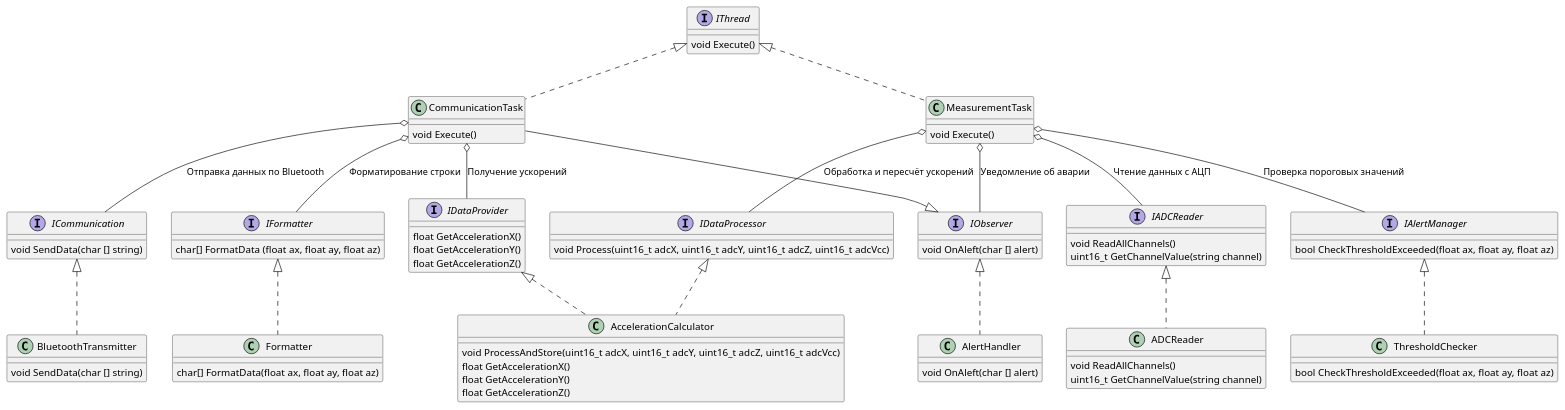
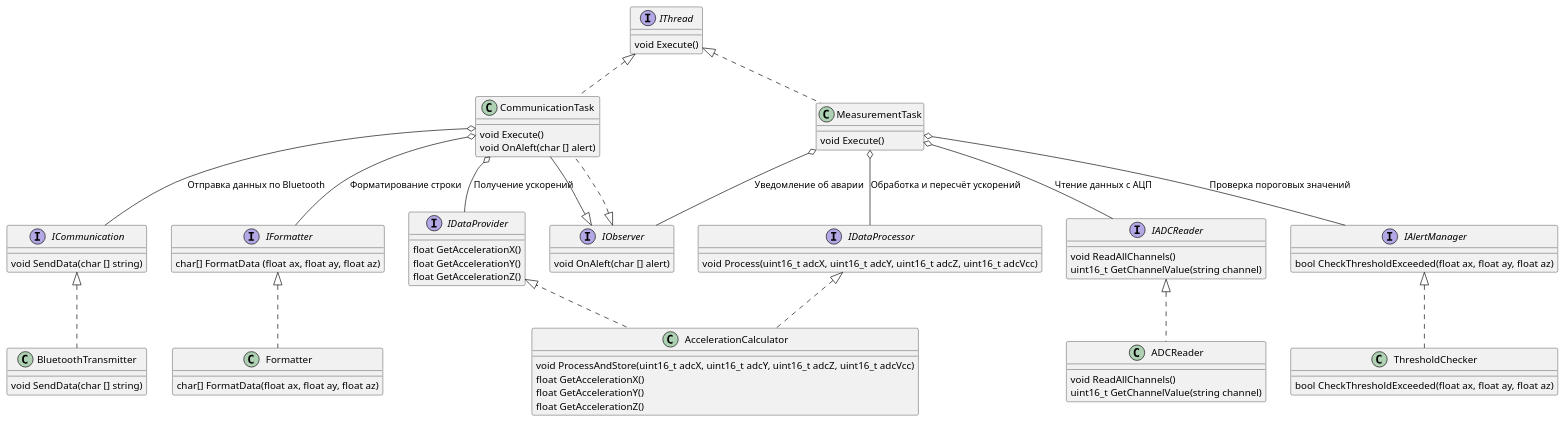
The diagram in Kursovoi.adoc (Mashalets/Kursovoi), drawn with PlantUML before and after one commit. The commit also changed other lines of this file and 1 other file, not shown here.

```diff
--- a/Kursovoi.adoc
+++ b/Kursovoi.adoc
@@ -869,9 +869,9 @@
   void Execute()
 }
 
-class CommunicationTask implements IThread
-{
+class CommunicationTask implements IThread, IObserver {
   void Execute()
+  void OnAleft(char [] alert)
 }
 
 class Formatter implements IFormatter {
@@ -883,9 +883,6 @@
   char[] FormatData (float ax, float ay, float az)
 }
 
-class AlertHandler implements IObserver {
-  void OnAleft(char [] alert)
-}
 
 MeasurementTask o-- IADCReader : "Чтение данных с АЦП"
 MeasurementTask o-- IDataProcessor : "Обработка и пересчёт ускорений"
```
